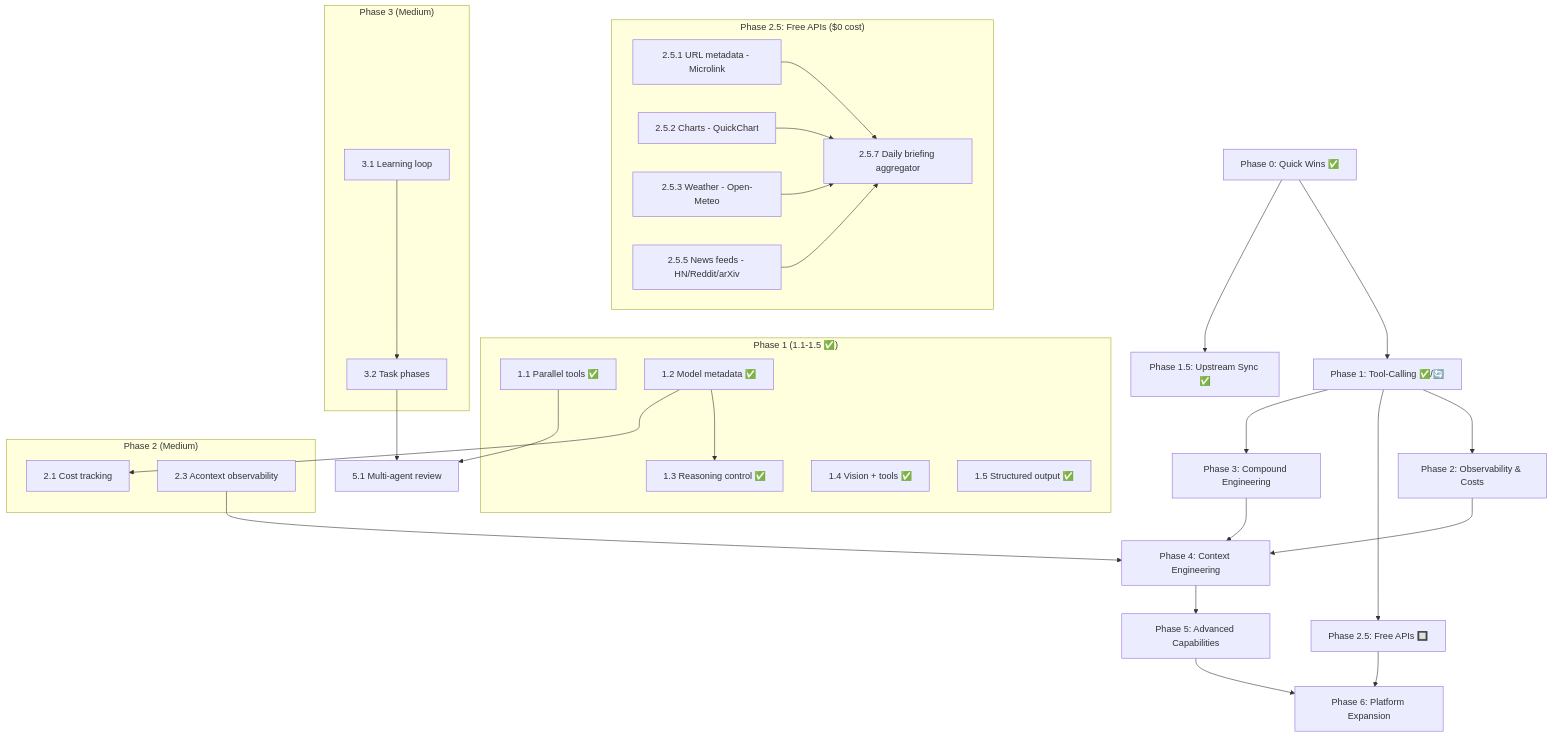
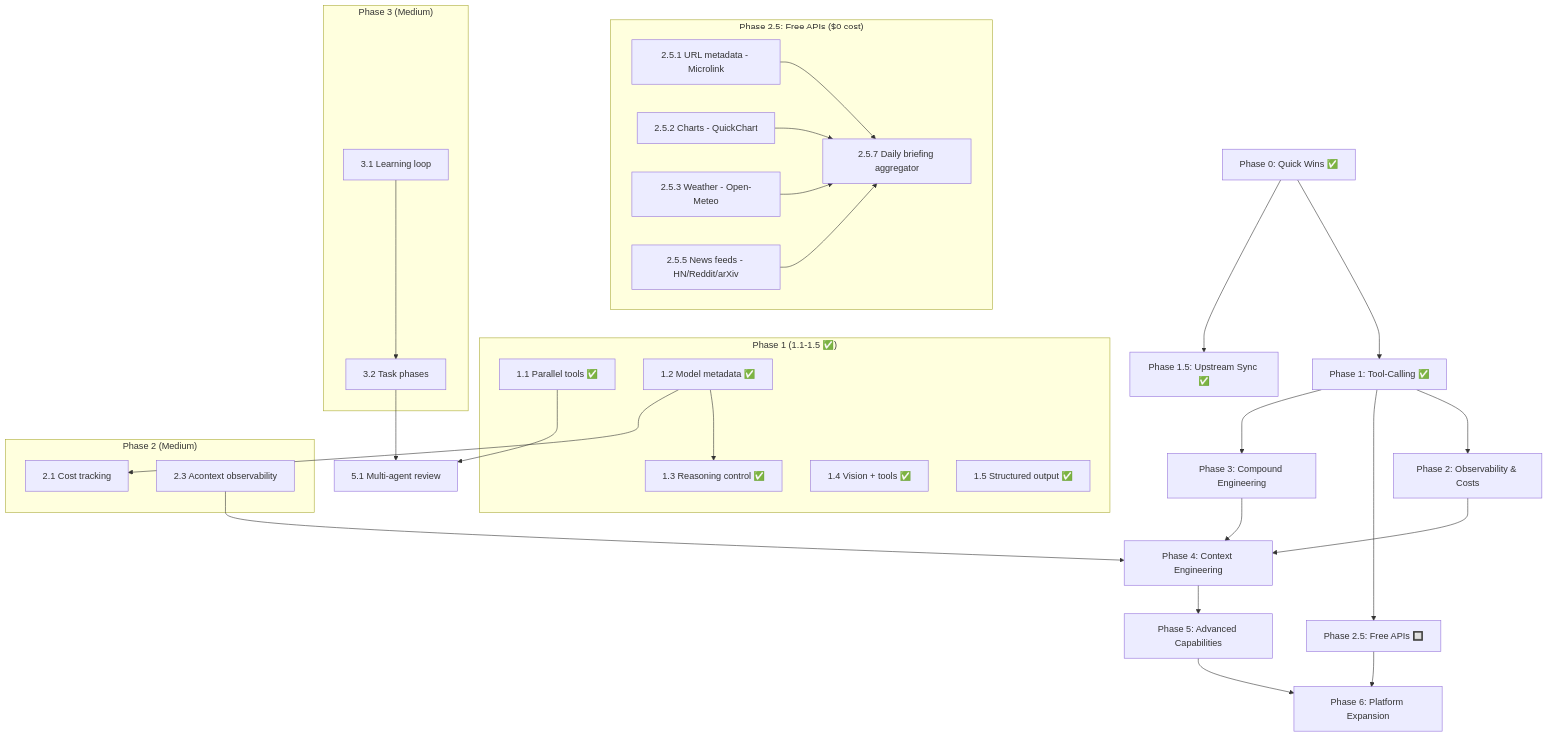
The diagram in claude-share/core/GLOBAL_ROADMAP.md (cloudflare/moltworker), drawn with Mermaid before and after one commit. The commit also changed other lines of this file and 3 other files, not shown here.

````diff
--- a/claude-share/core/GLOBAL_ROADMAP.md
+++ b/claude-share/core/GLOBAL_ROADMAP.md
@@ -269,50 +280,50 @@
 ```mermaid
 graph TD
-    P0[Phase 0: Quick Wins ✅] --> P1[Phase 1: Tool-Calling ✅/🔄]
+    P0[Phase 0: Quick Wins ✅] --> P1[Phase 1: Tool-Calling ✅]
     P0 --> P15[Phase 1.5: Upstream Sync ✅]
     P1 --> P2[Phase 2: Observability & Costs]
     P1 --> P25[Phase 2.5: Free APIs 🔲]
     P1 --> P3[Phase 3: Compound Engineering]
     P2 --> P4[Phase 4: Context Engineering]
     P3 --> P4
     P4 --> P5[Phase 5: Advanced Capabilities]
     P5 --> P6[Phase 6: Platform Expansion]
     P25 --> P6
 
     subgraph "Phase 1 (1.1-1.5 ✅)"
         P1_1[1.1 Parallel tools ✅]
         P1_2[1.2 Model metadata ✅]
         P1_3[1.3 Reasoning control ✅]
         P1_4[1.4 Vision + tools ✅]
         P1_5[1.5 Structured output ✅]
     end
 
     subgraph "Phase 2.5: Free APIs ($0 cost)"
         P25_1[2.5.1 URL metadata - Microlink]
         P25_2[2.5.2 Charts - QuickChart]
         P25_3[2.5.3 Weather - Open-Meteo]
         P25_5[2.5.5 News feeds - HN/Reddit/arXiv]
         P25_7[2.5.7 Daily briefing aggregator]
     end
 
     subgraph "Phase 2 (Medium)"
         P2_1[2.1 Cost tracking]
         P2_3[2.3 Acontext observability]
     end
 
     subgraph "Phase 3 (Medium)"
         P3_1[3.1 Learning loop]
         P3_2[3.2 Task phases]
     end
 
     P1_1 --> P5_1[5.1 Multi-agent review]
     P1_2 --> P1_3
     P1_2 --> P2_1
     P25_1 --> P25_7
     P25_2 --> P25_7
     P25_3 --> P25_7
     P25_5 --> P25_7
     P2_3 --> P4
     P3_1 --> P3_2
     P3_2 --> P5_1
 ```
````
